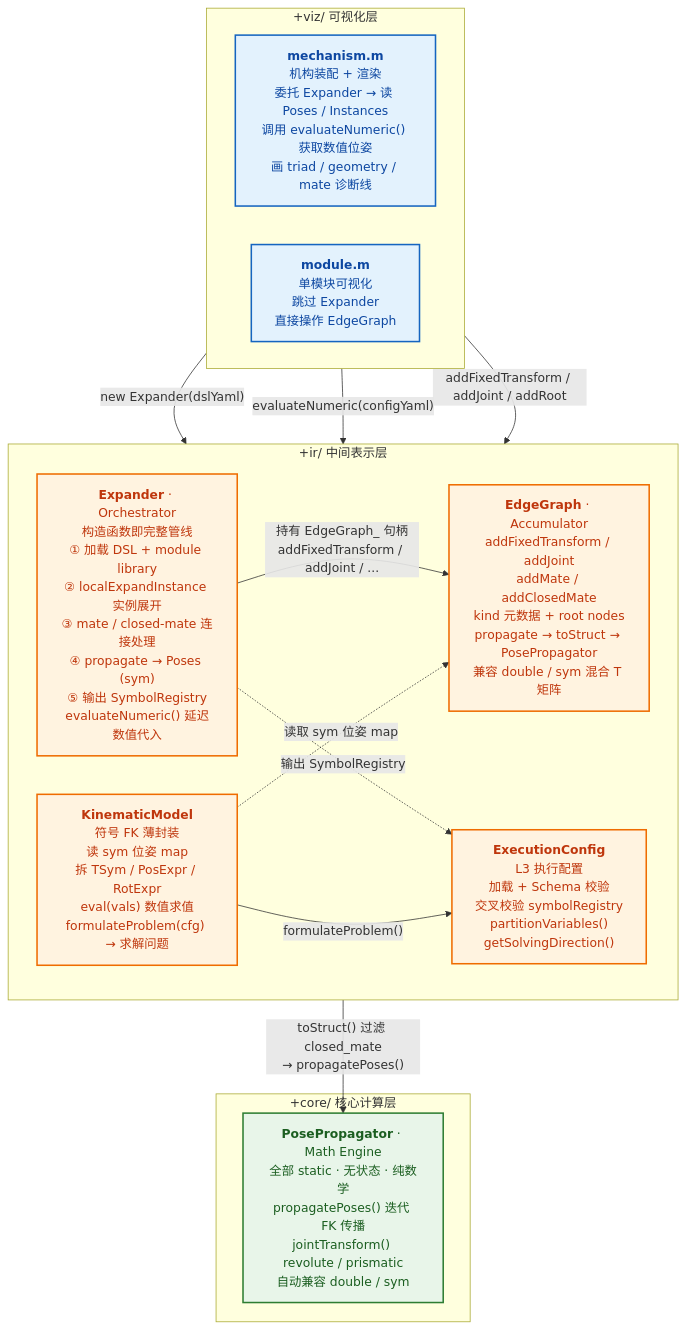
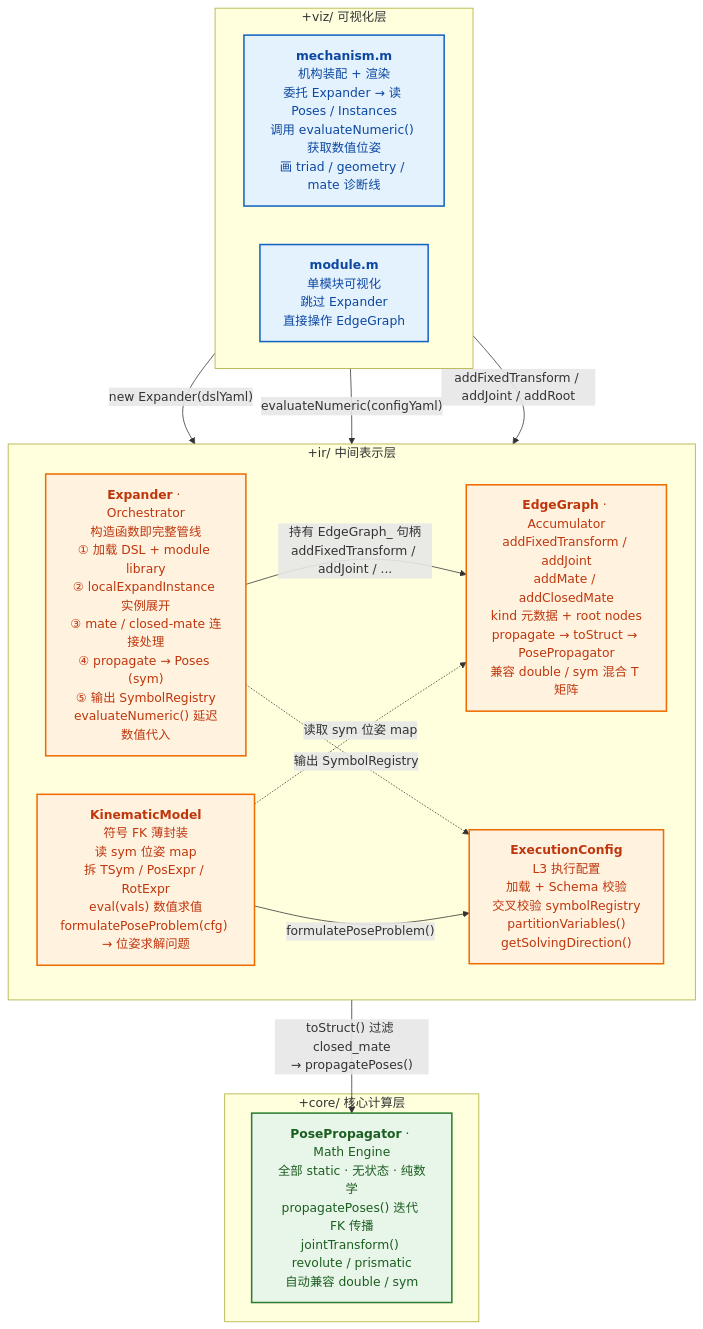
One commit to Axiom117/symbolic-modular-kinematics changed the first of 7 diagrams in scripts/matlab/ARCHITECTURE.md. Above: the diagram before and after it, drawn with Mermaid. The commit also changed other lines of this file and 8 other files, not shown here.

````diff
--- a/scripts/matlab/ARCHITECTURE.md
+++ b/scripts/matlab/ARCHITECTURE.md
@@ -9,42 +9,42 @@
 ```mermaid
 graph TB
     %% ── 样式定义 ──
     classDef viz fill:#e3f2fd,stroke:#1565c0,stroke-width:2px,color:#0d47a1
     classDef ir  fill:#fff3e0,stroke:#ef6c00,stroke-width:2px,color:#bf360c
     classDef core fill:#e8f5e9,stroke:#2e7d32,stroke-width:2px,color:#1b5e20
 
     %% ── 可视化层 ──
     subgraph viz_layer["+viz/ 可视化层"]
         direction LR
         mech["<b>mechanism.m</b><br/>机构装配 + 渲染<br/>委托 Expander → 读 Poses / Instances<br/>调用 evaluateNumeric() 获取数值位姿<br/>画 triad / geometry / mate 诊断线"]
         mod["<b>module.m</b><br/>单模块可视化<br/>跳过 Expander<br/>直接操作 EdgeGraph"]
     end
 
     %% ── 中间表示层 ──
     subgraph ir_layer["+ir/ 中间表示层"]
         direction LR
         expander["<b>Expander</b> · Orchestrator<br/>构造函数即完整管线<br/>① 加载 DSL + module library<br/>② localExpandInstance 实例展开<br/>③ mate / closed-mate 连接处理<br/>④ propagate → Poses (sym)<br/>⑤ 输出 SymbolRegistry<br/>evaluateNumeric() 延迟数值代入"]
         edgegraph["<b>EdgeGraph</b> · Accumulator<br/>addFixedTransform / addJoint<br/>addMate / addClosedMate<br/>kind 元数据 + root nodes<br/>propagate → toStruct → PosePropagator<br/>兼容 double / sym 混合 T 矩阵"]
-        kinmodel["<b>KinematicModel</b><br/>符号 FK 薄封装<br/>读 sym 位姿 map<br/>拆 TSym / PosExpr / RotExpr<br/>eval(vals) 数值求值<br/>formulateProblem(cfg) → 求解问题"]
+        kinmodel["<b>KinematicModel</b><br/>符号 FK 薄封装<br/>读 sym 位姿 map<br/>拆 TSym / PosExpr / RotExpr<br/>eval(vals) 数值求值<br/>formulatePoseProblem(cfg) → 位姿求解问题"]
         execcfg["<b>ExecutionConfig</b><br/>L3 执行配置<br/>加载 + Schema 校验<br/>交叉校验 symbolRegistry<br/>partitionVariables()<br/>getSolvingDirection()"]
     end
 
     %% ── 核心计算层 ──
     subgraph core_layer["+core/ 核心计算层"]
         poseprop["<b>PosePropagator</b> · Math Engine<br/>全部 static · 无状态 · 纯数学<br/>propagatePoses() 迭代 FK 传播<br/>jointTransform() revolute / prismatic<br/>自动兼容 double / sym"]
     end
 
     %% ── 调用关系 ──
     mech       -->|"new Expander(dslYaml)"| expander
     mech       -->|"evaluateNumeric(configYaml)"| expander
     expander   -->|"持有 EdgeGraph_ 句柄<br/>addFixedTransform / addJoint / ..."| edgegraph
     expander   -.->|"输出 SymbolRegistry"| execcfg
     edgegraph  -->|"toStruct() 过滤 closed_mate<br/>→ propagatePoses()"| poseprop
     kinmodel  -.->|"读取 sym 位姿 map"| edgegraph
-    kinmodel  -->|"formulateProblem()"| execcfg
+    kinmodel  -->|"formulatePoseProblem()"| execcfg
     mod        -->|"addFixedTransform / addJoint / addRoot"| edgegraph
 
     class mech,mod viz
     class expander,edgegraph,kinmodel,execcfg ir
     class poseprop core
 ```
````
